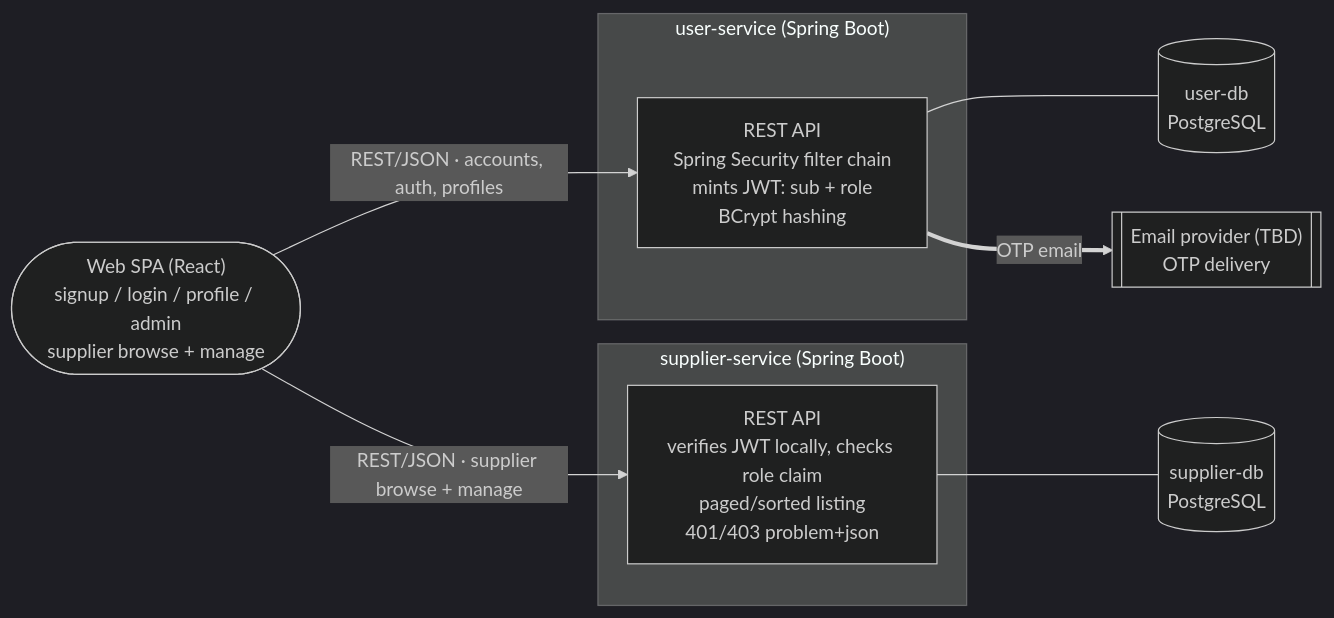
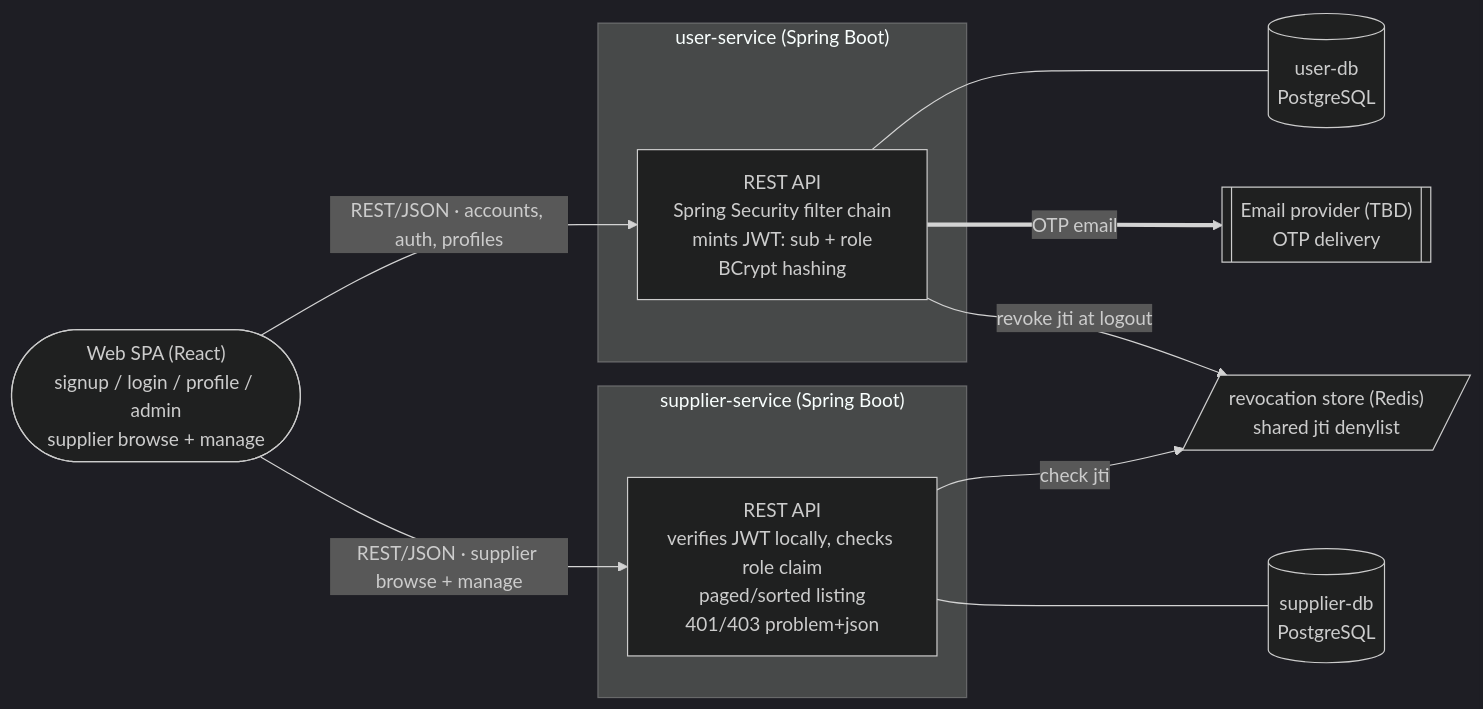
One commit to AY2627S1-CS3219-P23/foc changed the diagram in docs/d2-design.mmd. Above: the diagram before and after it, drawn with Mermaid (dark theme). The commit also changed 2 other files, not shown here.

Commit message:
docs: record shared Redis revocation store for logout scope
Team chose the shared revocation store from the four tabled options:
logout now revokes the jti platform-wide, every service consults the
store during token validation. The jti denylist moves out of the
user-db schema into the store; architecture diagrams gain the Redis
node; the revocation-scope comparison is inlined in Part 1 s3 with
the chosen marker. Store-unreachable behaviour (fail-open vs
fail-closed) and Redis persistence are flagged as undecided owner
nuances. The Week-11 listing cache can share the same container.

```diff
--- a/docs/d2-design.mmd
+++ b/docs/d2-design.mmd
@@ -1,26 +1,29 @@
 %% AI-assisted (CS3219 AI Usage Policy disclosure):
 %% Tool: Claude Code (Fable 5), 2026-09-20.
 %% Scope: component-level D2 slice transcribed from docs/architecture.md
 %% with the team decisions recorded in docs/d2-design.md (attribution
 %% in its header and ai/usage-log.md) applied. No architecture
 %% decisions were made by the tool.
 %% Reviewed by: Leong Wei Zhi (via pull request).
 flowchart LR
     SPA(["Web SPA (React)<br/>signup / login / profile / admin<br/>supplier browse + manage"])
 
     subgraph US["user-service (Spring Boot)"]
         USC["REST API<br/>Spring Security filter chain<br/>mints JWT: sub + role<br/>BCrypt hashing"]
     end
     subgraph SS["supplier-service (Spring Boot)"]
         SSC["REST API<br/>verifies JWT locally, checks role claim<br/>paged/sorted listing<br/>401/403 problem+json"]
     end
 
     UDB[("user-db<br/>PostgreSQL")]
     SDB[("supplier-db<br/>PostgreSQL")]
     MAIL[["Email provider (TBD)<br/>OTP delivery"]]
+    RED[/"revocation store (Redis)<br/>shared jti denylist"/]
 
     SPA -->|"REST/JSON · accounts, auth, profiles"| USC
     SPA -->|"REST/JSON · supplier browse + manage"| SSC
     USC --- UDB
     SSC --- SDB
     USC ==>|"OTP email"| MAIL
+    USC -->|"revoke jti at logout"| RED
+    SSC -->|"check jti"| RED
```
